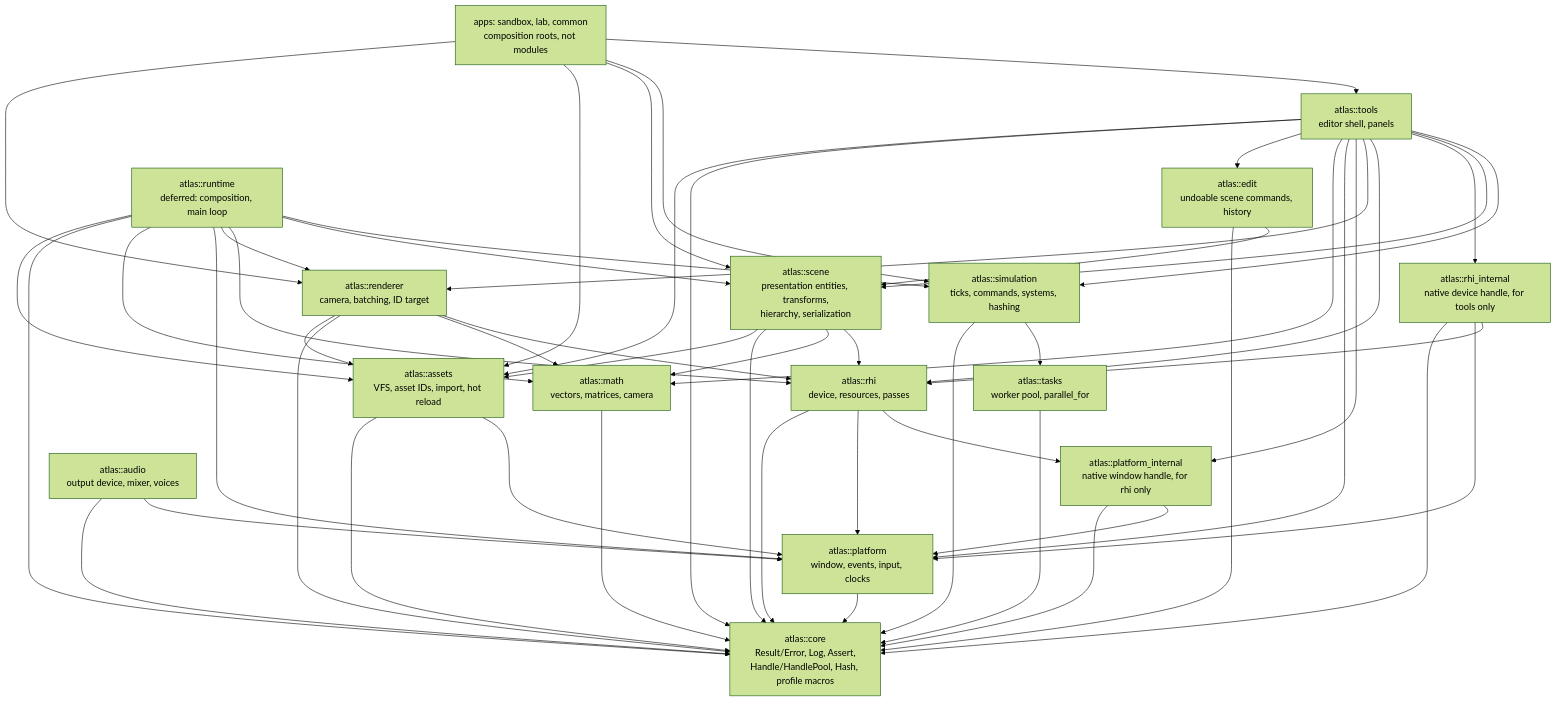
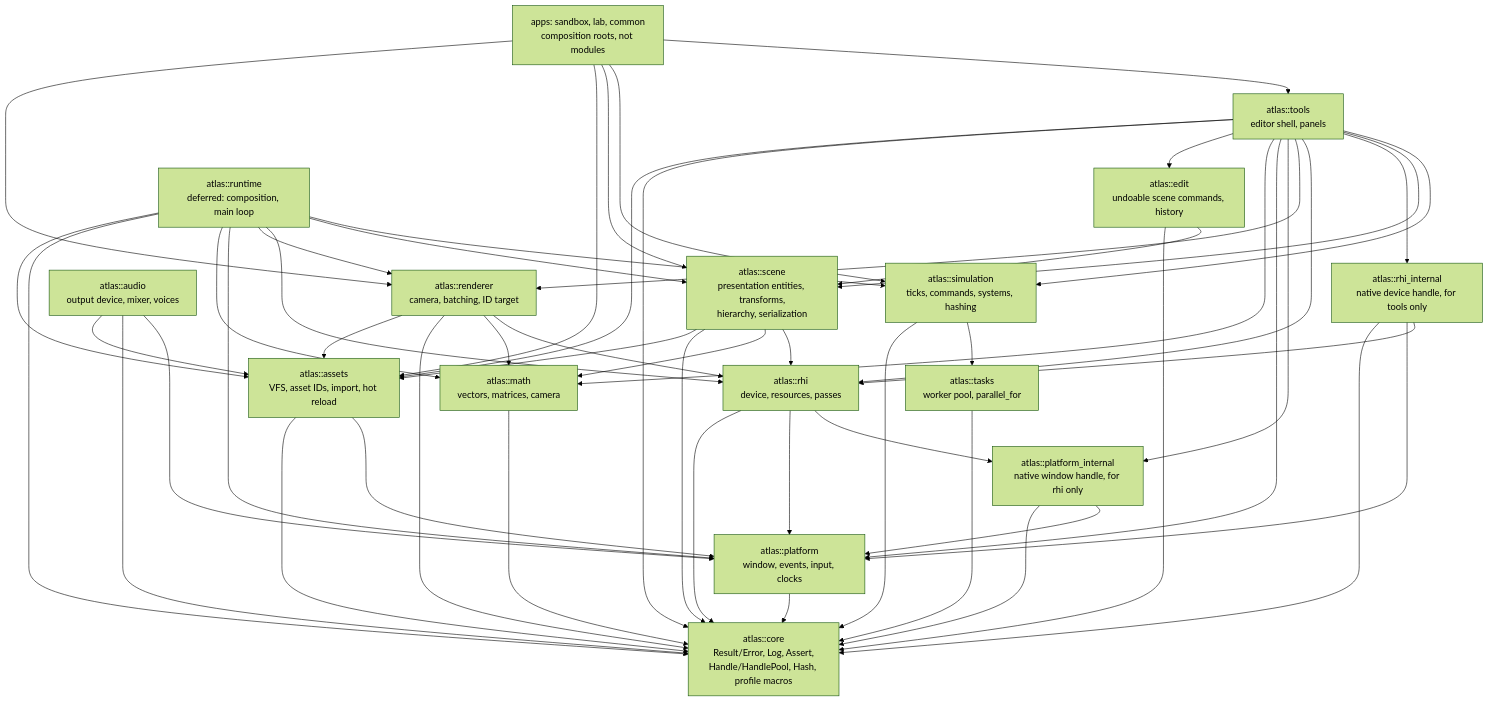
The first of 2 diagrams in docs/ARCHITECTURE.md (happyc0der/atlas-engine), drawn with Mermaid (forest theme) before and after one commit. The commit also changed 26 other files, not shown here.

````diff
--- a/docs/ARCHITECTURE.md
+++ b/docs/ARCHITECTURE.md
@@ -11,72 +11,73 @@
 ```mermaid
 graph TD
   core[atlas::core<br/>Result/Error, Log, Assert,<br/>Handle/HandlePool, Hash, profile macros]
   math[atlas::math<br/>vectors, matrices, camera]
   platform[atlas::platform<br/>window, events, input, clocks]
   platform_internal[atlas::platform_internal<br/>native window handle, for rhi only]
   tasks[atlas::tasks<br/>worker pool, parallel_for]
   rhi[atlas::rhi<br/>device, resources, passes]
   rhi_internal[atlas::rhi_internal<br/>native device handle, for tools only]
   renderer[atlas::renderer<br/>camera, batching, ID target]
   assets[atlas::assets<br/>VFS, asset IDs, import, hot reload]
   audio[atlas::audio<br/>output device, mixer, voices]
   scene[atlas::scene<br/>presentation entities, transforms,<br/>hierarchy, serialization]
   edit[atlas::edit<br/>undoable scene commands, history]
   simulation[atlas::simulation<br/>ticks, commands, systems, hashing]
   runtime[atlas::runtime<br/>deferred: composition, main loop]
   tools[atlas::tools<br/>editor shell, panels]
   apps[apps: sandbox, lab, common<br/>composition roots, not modules]
 
   math --> core
   platform --> core
   platform_internal --> core
   platform_internal --> platform
   tasks --> core
   rhi --> core
   rhi --> platform
   rhi --> platform_internal
   rhi_internal --> core
   rhi_internal --> platform
   rhi_internal --> rhi
   renderer --> assets
   renderer --> core
   renderer --> math
   renderer --> rhi
   assets --> core
   assets --> platform
+  audio --> assets
   audio --> core
   audio --> platform
   scene --> assets
   scene --> core
   scene --> math
   scene --> rhi
   edit --> core
   edit --> scene
   simulation --> core
   simulation --> tasks
   runtime --> assets
   runtime --> core
   runtime --> math
   runtime --> platform
   runtime --> renderer
   runtime --> rhi
   runtime --> scene
   runtime --> simulation
   tools --> assets
   tools --> core
   tools --> edit
   tools --> math
   tools --> platform
   tools --> platform_internal
   tools --> renderer
   tools --> rhi
   tools --> rhi_internal
   tools --> scene
   tools --> simulation
 
   apps --> renderer
   apps --> assets
   apps --> scene
   apps --> simulation
   apps --> tools
 ```
````
